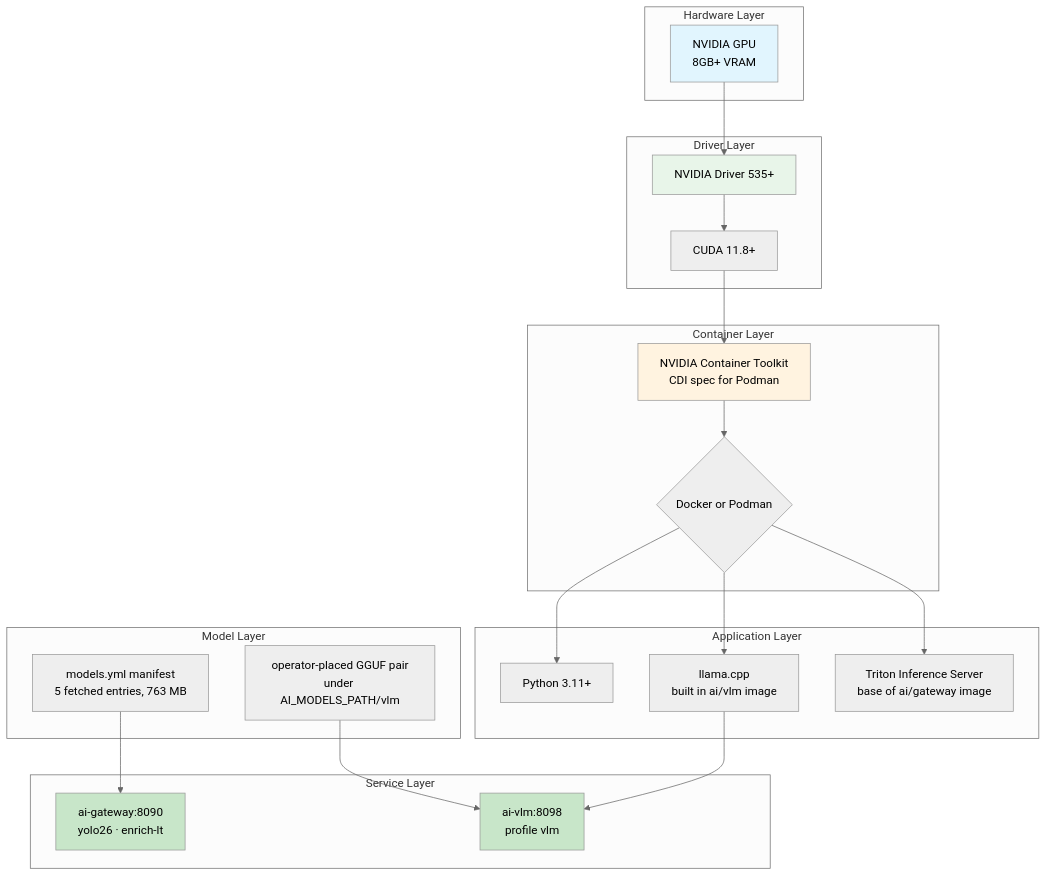
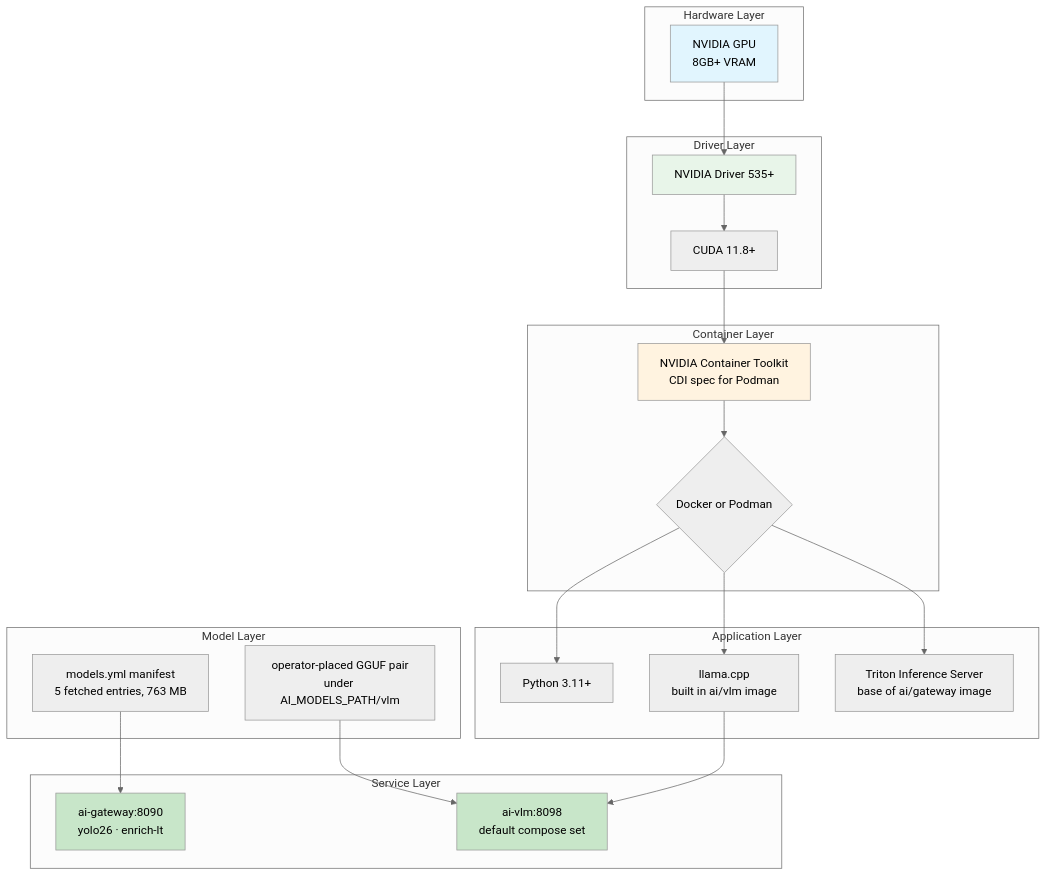
Before and after one commit to mikesvoboda/nemotron-v3-home-security-intelligence: the diagram in docs/operator/ai-installation.md, drawn with Mermaid (neutral theme). The commit also changed other lines of this file and 56 other files, not shown here.

````diff
--- a/docs/operator/ai-installation.md
+++ b/docs/operator/ai-installation.md
@@ -62,51 +62,51 @@
 ```mermaid
 flowchart TD
     subgraph "Hardware Layer"
         GPU[NVIDIA GPU<br/>8GB+ VRAM]
     end
 
     subgraph "Driver Layer"
         Driver[NVIDIA Driver 535+]
         CUDA[CUDA 11.8+]
     end
 
     subgraph "Container Layer"
         Toolkit[NVIDIA Container Toolkit<br/>CDI spec for Podman]
         Runtime{Docker or Podman}
     end
 
     subgraph "Application Layer"
         Python[Python 3.11+]
         Llama[llama.cpp<br/>built in ai/vlm image]
         Triton[Triton Inference Server<br/>base of ai/gateway image]
     end
 
     subgraph "Model Layer"
         Models[models.yml manifest<br/>5 fetched entries, 763 MB]
         VlmW[operator-placed GGUF pair<br/>under AI_MODELS_PATH/vlm]
     end
 
     subgraph "Service Layer"
         Gateway[ai-gateway:8090<br/>yolo26 · enrich-lt]
-        Vlm[ai-vlm:8098<br/>profile vlm]
+        Vlm[ai-vlm:8098<br/>default compose set]
     end
 
     GPU --> Driver
     Driver --> CUDA
     CUDA --> Toolkit
     Toolkit --> Runtime
 
     Runtime --> Python
     Runtime --> Llama
     Runtime --> Triton
 
     Models --> Gateway
     VlmW --> Vlm
     Llama --> Vlm
 
     style GPU fill:#e1f5fe
     style Driver fill:#e8f5e9
     style Toolkit fill:#fff3e0
     style Gateway fill:#c8e6c9
     style Vlm fill:#c8e6c9
 ```
````
